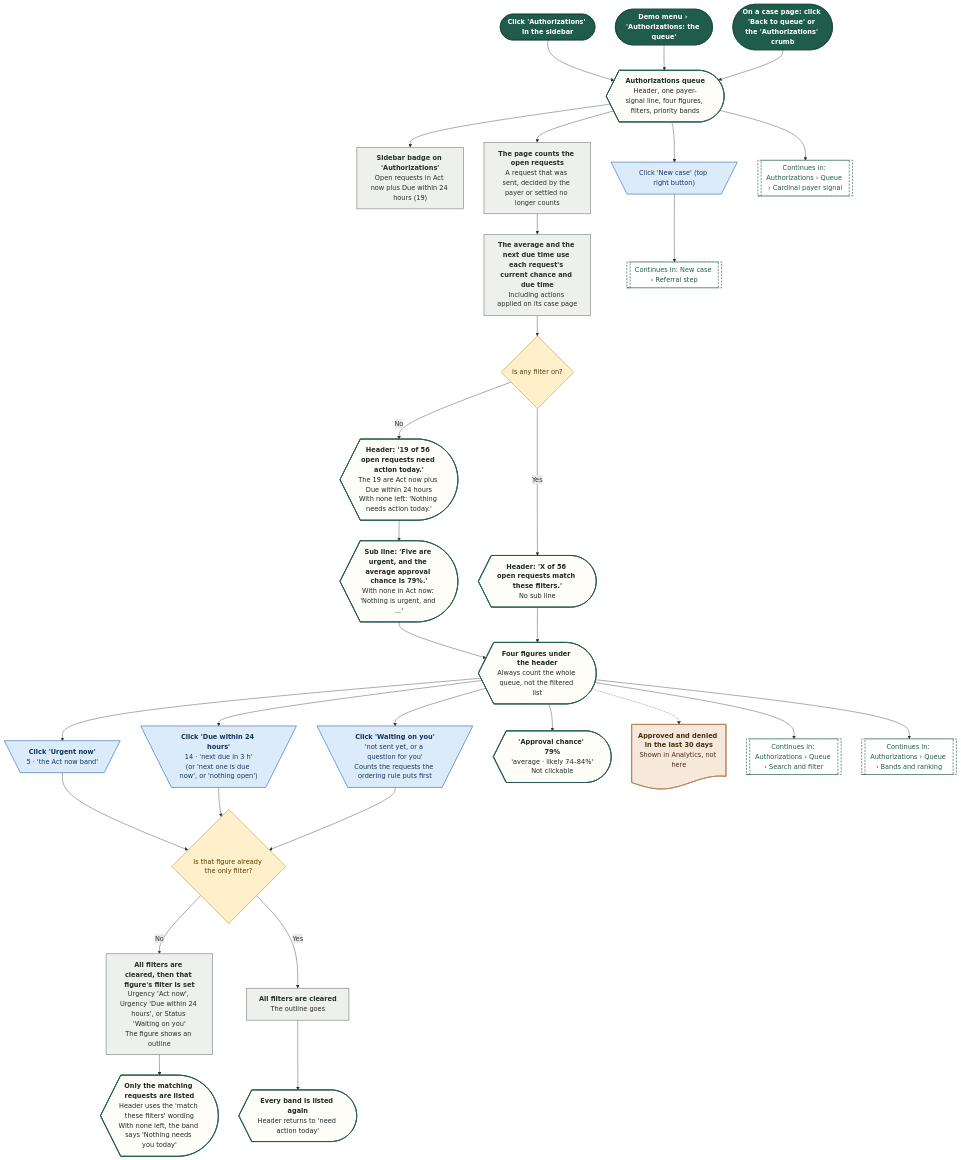
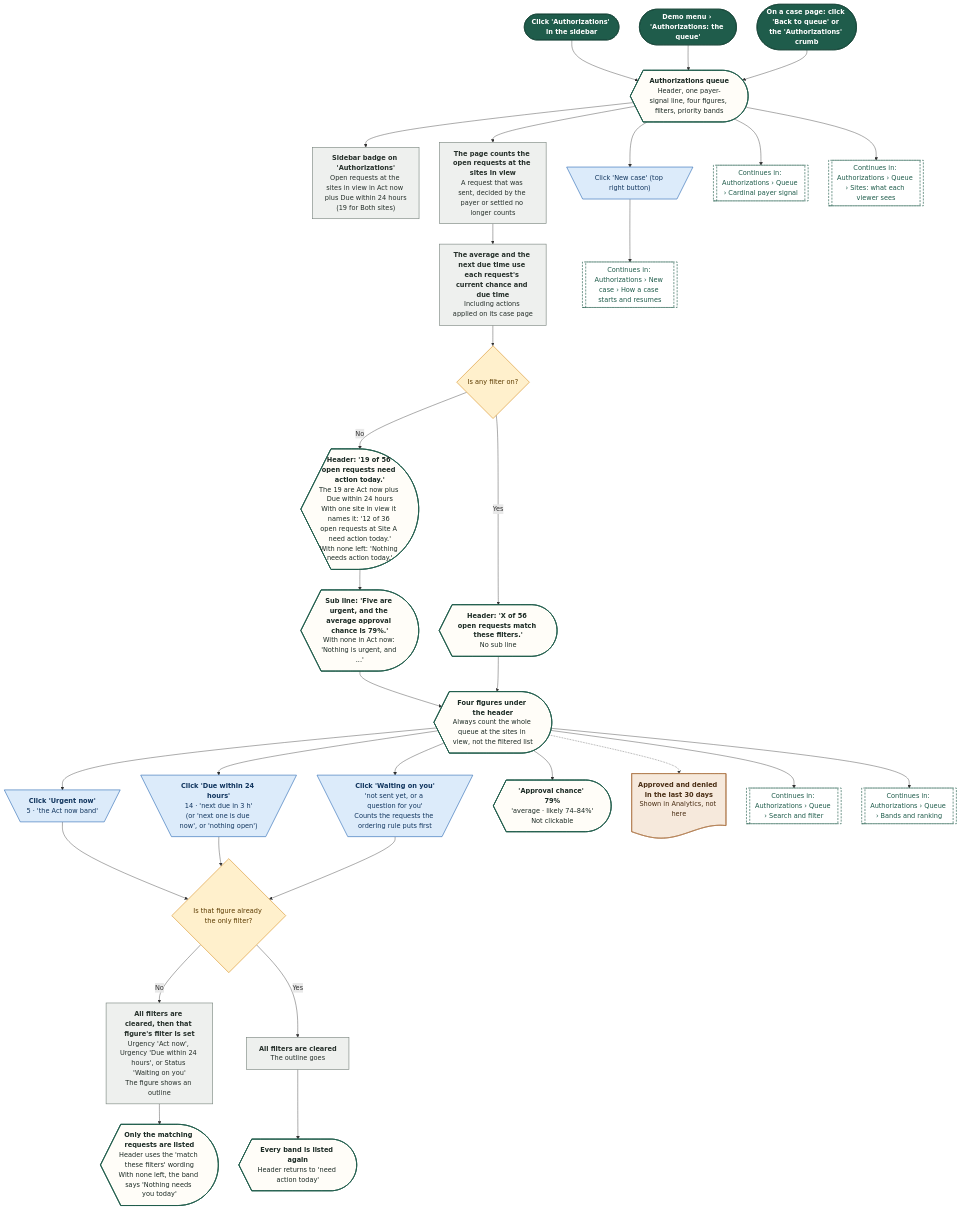
Before and after one commit to Shrav143/psyfloapp: the first of 33 diagrams in demos/prior-auth-demo/workflows/out/md/03-authorizations.md, drawn with Mermaid. The commit also changed other lines of this file and 251 other files, not shown here.

First line of the commit message:
docs: rebuild the workflow diagrams (291) for round 4

````diff
--- a/demos/prior-auth-demo/workflows/out/md/03-authorizations.md
+++ b/demos/prior-auth-demo/workflows/out/md/03-authorizations.md
@@ -15,74 +15,76 @@
 ```mermaid
 %%{init: {"theme":"base","themeVariables":{"fontFamily":"'DM Sans', 'Segoe UI', system-ui, sans-serif","fontSize":"15px","lineColor":"#5B6B63","primaryTextColor":"#1C2B25","clusterBkg":"#FBF8F3","clusterBorder":"#D9CDBB","edgeLabelBackground":"#FFFFFF"},"flowchart":{"curve":"basis","nodeSpacing":36,"rankSpacing":48,"padding":12,"htmlLabels":true,"useMaxWidth":false,"wrappingWidth":230}} }%%
 flowchart TD
   classDef k_start fill:#1F5C4B,stroke:#174638,color:#FFFFFF,stroke-width:1.5px,font-weight:600
   classDef k_end fill:#DDEFE3,stroke:#2E7D4F,color:#14502F,stroke-width:1.5px,font-weight:600
   classDef k_endx fill:#FBE3E0,stroke:#C0392B,color:#7A1F16,stroke-width:1.5px,font-weight:600
   classDef k_screen fill:#FFFDF8,stroke:#1F5C4B,color:#1C2B25,stroke-width:2px
   classDef k_overlay fill:#F1F7F3,stroke:#1F5C4B,color:#1C2B25,stroke-width:2px,stroke-dasharray:5 3
   classDef k_click fill:#DCEBFA,stroke:#2F6DB5,color:#12365F,stroke-width:1.5px
   classDef k_input fill:#E4E7FF,stroke:#4C5FD5,color:#1D2670,stroke-width:1.5px
   classDef k_process fill:#EEF0EE,stroke:#7A857F,color:#26302B,stroke-width:1.5px
   classDef k_agent fill:#EEE5FA,stroke:#7A4FC2,color:#341A63,stroke-width:1.5px
   classDef k_decision fill:#FFF0CC,stroke:#D9962B,color:#5C3B00,stroke-width:1.5px
   classDef k_store fill:#D5F0EA,stroke:#1C8E7B,color:#0B4A3F,stroke-width:1.5px
   classDef k_doc fill:#F6E9DC,stroke:#B07A4C,color:#4A2E14,stroke-width:1.5px
   classDef k_ext fill:#FFE6D2,stroke:#E07B39,color:#6B2F06,stroke-width:1.5px
   classDef k_wait fill:#E4E8EE,stroke:#6B7C93,color:#26303D,stroke-width:1.5px
   classDef k_toast fill:#FFF9DB,stroke:#C9A400,color:#5A4A00,stroke-width:1.5px
   classDef k_goto fill:#FFFFFF,stroke:#1F5C4B,color:#1F5C4B,stroke-width:1.5px,stroke-dasharray:5 3
   s1@{ shape: stadium, label: "Click 'Authorizations' in the sidebar" }
   s2@{ shape: stadium, label: "Demo menu › 'Authorizations: the queue'" }
   s3@{ shape: stadium, label: "On a case page: click 'Back to queue' or the 'Authorizations' crumb" }
   q1@{ shape: curv-trap, label: "<b>Authorizations queue</b><br/>Header, one payer-signal line, four figures, filters, priority bands" }
-  sb@{ shape: rect, label: "<b>Sidebar badge on 'Authorizations'</b><br/>Open requests in Act now plus Due within 24 hours (19)" }
-  p1@{ shape: rect, label: "<b>The page counts the open requests</b><br/>A request that was sent, decided by the payer or settled no longer counts" }
+  sb@{ shape: rect, label: "<b>Sidebar badge on 'Authorizations'</b><br/>Open requests at the sites in view in Act now plus Due within 24 hours<br/>(19 for Both sites)" }
+  p1@{ shape: rect, label: "<b>The page counts the open requests at the sites in view</b><br/>A request that was sent, decided by the payer or settled no longer counts" }
   p2@{ shape: rect, label: "<b>The average and the next due time use each request's current chance and due time</b><br/>Including actions applied on its case page" }
   d1@{ shape: diam, label: "Is any filter on?" }
-  h1@{ shape: curv-trap, label: "<b>Header: '19 of 56 open requests need action today.'</b><br/>The 19 are Act now plus Due within 24 hours<br/>With none left: 'Nothing needs action today.'" }
+  h1@{ shape: curv-trap, label: "<b>Header: '19 of 56 open requests need action today.'</b><br/>The 19 are Act now plus Due within 24 hours<br/>With one site in view it names it: '12 of 36 open requests at Site A need action today.'<br/>With none left: 'Nothing needs action today.'" }
   h2@{ shape: curv-trap, label: "<b>Sub line: 'Five are urgent, and the average approval chance is 79%.'</b><br/>With none in Act now: 'Nothing is urgent, and ...'" }
   h3@{ shape: curv-trap, label: "<b>Header: 'X of 56 open requests match these filters.'</b><br/>No sub line" }
   nb@{ shape: trap-t, label: "Click 'New case' (top right button)" }
-  g1@{ shape: subproc, label: "Continues in: New case › Referral step" }
+  g1@{ shape: subproc, label: "Continues in: Authorizations › New case › How a case starts and resumes" }
   g2@{ shape: subproc, label: "Continues in: Authorizations › Queue › Cardinal payer signal" }
-  tl@{ shape: curv-trap, label: "<b>Four figures under the header</b><br/>Always count the whole queue, not the filtered list" }
+  tl@{ shape: curv-trap, label: "<b>Four figures under the header</b><br/>Always count the whole queue at the sites in view, not the filtered list" }
   t2@{ shape: trap-t, label: "<b>Click 'Urgent now'</b><br/>5 · 'the Act now band'" }
   t3@{ shape: trap-t, label: "<b>Click 'Due within 24 hours'</b><br/>14 · 'next due in 3 h'<br/>(or 'next one is due now', or 'nothing open')" }
   t4@{ shape: trap-t, label: "<b>Click 'Waiting on you'</b><br/>'not sent yet, or a question for you'<br/>Counts the requests the ordering rule puts first" }
   t1@{ shape: curv-trap, label: "<b>'Approval chance' 79%</b><br/>'average · likely 74–84%'<br/>Not clickable" }
   dSel@{ shape: diam, label: "Is that figure already the only filter?" }
   u1@{ shape: rect, label: "<b>All filters are cleared, then that figure's filter is set</b><br/>Urgency 'Act now', Urgency 'Due within 24 hours', or Status 'Waiting on you'<br/>The figure shows an outline" }
   u2@{ shape: curv-trap, label: "<b>Only the matching requests are listed</b><br/>Header uses the 'match these filters' wording<br/>With none left, the band says 'Nothing needs you today'" }
   a1@{ shape: rect, label: "<b>All filters are cleared</b><br/>The outline goes" }
   a2@{ shape: curv-trap, label: "<b>Every band is listed again</b><br/>Header returns to 'need action today'" }
   an@{ shape: doc, label: "<b>Approved and denied in the last 30 days</b><br/>Shown in Analytics, not here" }
   g3@{ shape: subproc, label: "Continues in: Authorizations › Queue › Search and filter" }
   g4@{ shape: subproc, label: "Continues in: Authorizations › Queue › Bands and ranking" }
+  g5@{ shape: subproc, label: "Continues in: Authorizations › Queue › Sites: what each viewer sees" }
   s1 --> q1
   s2 --> q1
   s3 --> q1
   q1 --> sb
   q1 --> nb --> g1
   q1 --> p1 --> p2 --> d1
   d1 -->|"No"| h1 --> h2
   d1 -->|"Yes"| h3
   h2 --> tl
   h3 --> tl
   tl --> t1 & t2 & t3 & t4
   t2 --> dSel
   t3 --> dSel
   t4 --> dSel
   dSel -->|"No"| u1 --> u2
   dSel -->|"Yes"| a1 --> a2
   tl -.-> an
   q1 --> g2
   tl --> g3
   tl --> g4
+  q1 --> g5
   class s1,s2,s3 k_start
   class q1,h1,h2,h3,tl,t1,u2,a2 k_screen
   class sb,p1,p2,u1,a1 k_process
   class d1,dSel k_decision
   class nb,t2,t3,t4 k_click
-  class g1,g2,g3,g4 k_goto
+  class g1,g2,g3,g4,g5 k_goto
   class an k_doc
 ```
````
